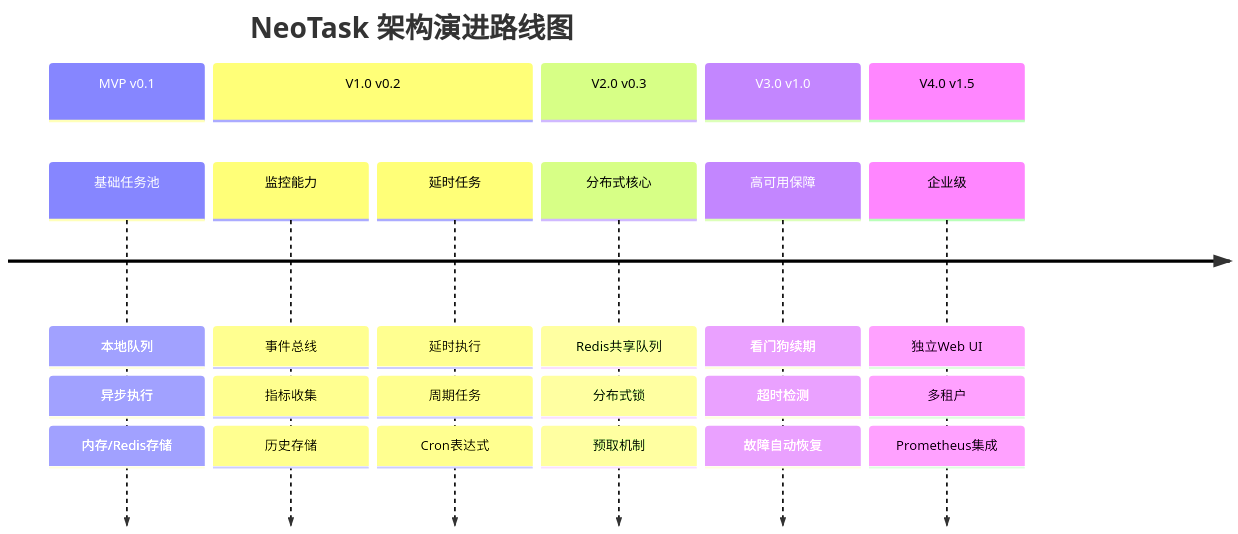
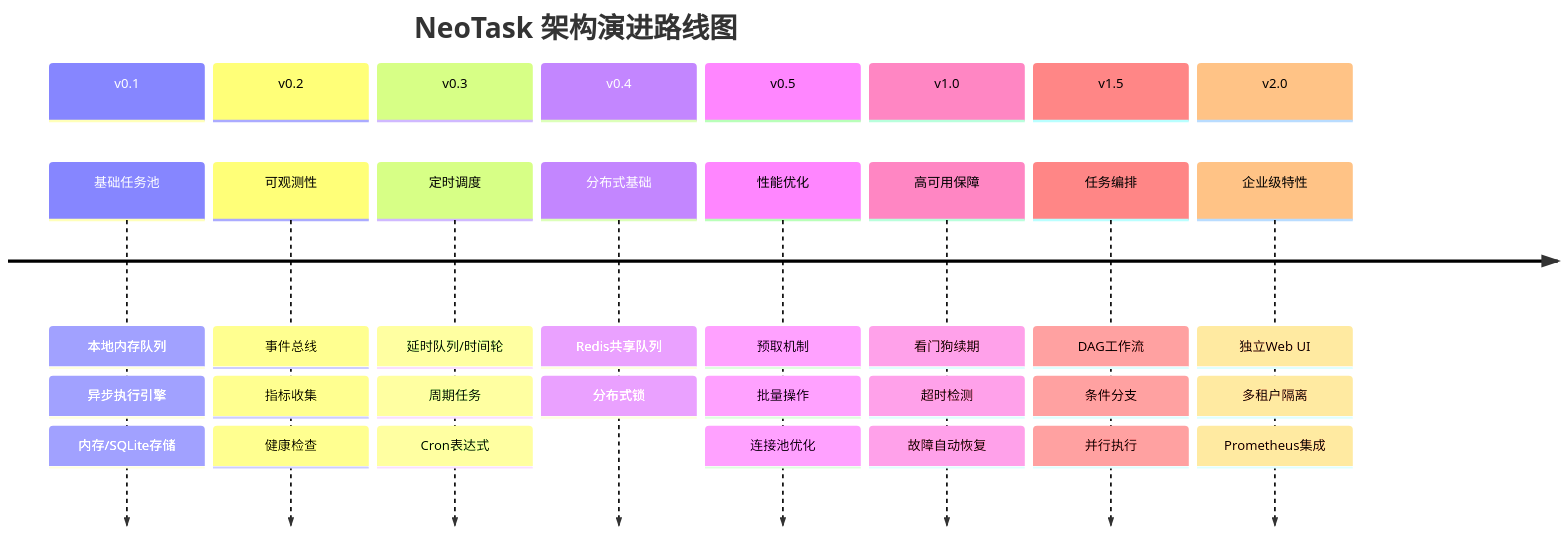
One commit to neopen/neotask changed the second of 2 diagrams in README.md. Above: the diagram before and after it, drawn with Mermaid. The commit also changed other lines of this file and 1 other file, not shown here.

````diff
--- a/README.md
+++ b/README.md
@@ -93,32 +99,43 @@
 ```mermaid
 timeline
     title NeoTask 架构演进路线图
     
-    section MVP v0.1
-        基础任务池 : 本地队列
-                   : 异步执行
-                   : 内存/Redis存储
+    section v0.1
+        基础任务池 : 本地内存队列
+                   : 异步执行引擎
+                   : 内存/SQLite存储
                    
-    section V1.0 v0.2
-        监控能力 : 事件总线
+    section v0.2
+        可观测性 : 事件总线
                  : 指标收集
-                 : 历史存储
-        延时任务 : 延时执行
+                 : 健康检查
+                 
+    section v0.3
+        定时调度 : 延时队列/时间轮
                  : 周期任务
                  : Cron表达式
                  
-    section V2.0 v0.3
-        分布式核心 : Redis共享队列
+    section v0.4
+        分布式基础 : Redis共享队列
                    : 分布式锁
-                   : 预取机制
                    
-    section V3.0 v1.0
+    section v0.5
+        性能优化 : 预取机制
+                 : 批量操作
+                 : 连接池优化
+
+    section v1.0
         高可用保障 : 看门狗续期
                    : 超时检测
                    : 故障自动恢复
 
-    section V4.0 v1.5
-        企业级 : 独立Web UI
-               : 多租户
-               : Prometheus集成
+    section v1.5
+        任务编排 : DAG工作流
+                 : 条件分支
+                 : 并行执行
+
+    section v2.0
+        企业级特性 : 独立Web UI
+                   : 多租户隔离
+                   : Prometheus集成
 ```
````
